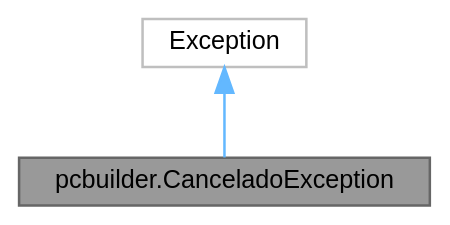
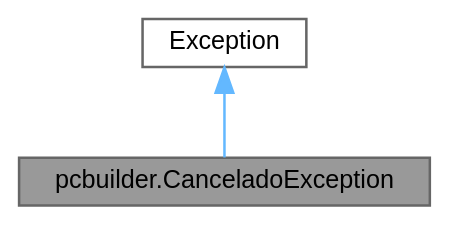
One commit to DenisAC2/PC-Builder-Java changed the diagram in classpcbuilder_1_1CanceladoException__coll__graph.dot. Above: the diagram before and after it, drawn with Graphviz. The commit also changed 182 other files, not shown here.

```diff
--- a/classpcbuilder_1_1CanceladoException__coll__graph.dot
+++ b/classpcbuilder_1_1CanceladoException__coll__graph.dot
@@ -1,10 +1,10 @@
 digraph "pcbuilder.CanceladoException"
 {
  // LATEX_PDF_SIZE
   bgcolor="transparent";
   edge [fontname=Helvetica,fontsize=10,labelfontname=Helvetica,labelfontsize=10];
   node [fontname=Helvetica,fontsize=10,shape=box,height=0.2,width=0.4];
   Node1 [id="Node000001",label="pcbuilder.CanceladoException",height=0.2,width=0.4,color="gray40", fillcolor="grey60", style="filled", fontcolor="black",tooltip="Exceção customizada para tratamento de cancelamentos na interface gráfica. Lançada quando o usuário c..."];
   Node2 -> Node1 [id="edge1_Node000001_Node000002",dir="back",color="steelblue1",style="solid",tooltip=" "];
-  Node2 [id="Node000002",label="Exception",height=0.2,width=0.4,color="grey75", fillcolor="white", style="filled",tooltip=" "];
+  Node2 [id="Node000002",label="Exception",height=0.2,width=0.4,color="gray40", fillcolor="white", style="filled",tooltip=" "];
 }
```
